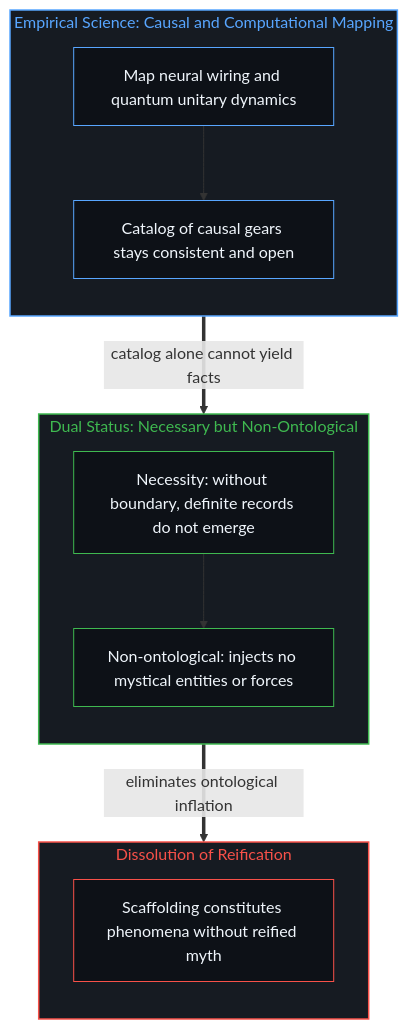
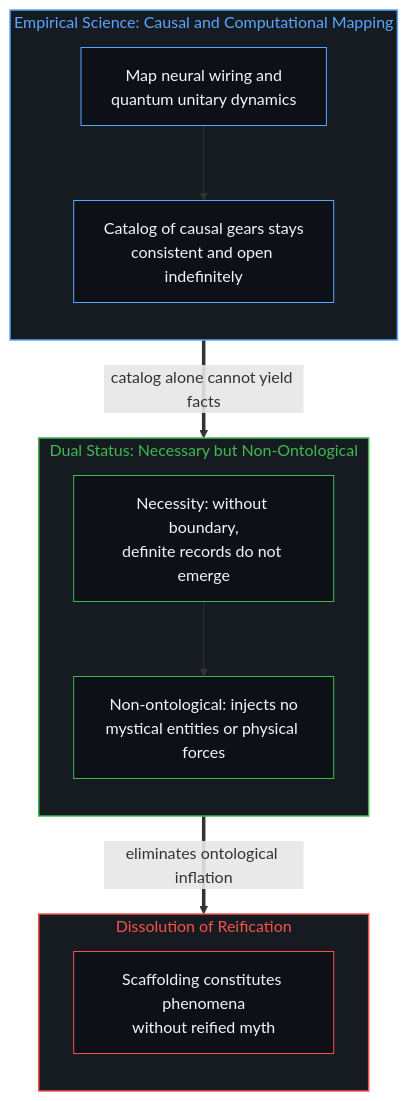
Before and after one commit to powerpig99/not-a-toe: the eighth of 8 diagrams in content/posts/consciousness-ascription-and-the-quantum-cut.md, drawn with Mermaid. The commit also changed other lines of this file and 2 other files, not shown here.

````diff
--- a/content/posts/consciousness-ascription-and-the-quantum-cut.md
+++ b/content/posts/consciousness-ascription-and-the-quantum-cut.md
@@ -260,32 +260,32 @@
 ```mermaid
 flowchart TD
     subgraph S_EMPIRICAL_EN ["Empirical Science: Causal and Computational Mapping"]
         direction TB
         style S_EMPIRICAL_EN fill:#161b22,stroke:#58a6ff,stroke-width:1.5px,color:#58a6ff
-        E_Map["Map neural wiring and quantum unitary dynamics"]
-        E_Extend["Catalog of causal gears stays consistent and open"]
+        E_Map["Map neural wiring and<br/>quantum unitary dynamics"]
+        E_Extend["Catalog of causal gears stays<br/>consistent and open indefinitely"]
         E_Map --> E_Extend
         style E_Map fill:#0d1117,stroke:#58a6ff,stroke-width:1px,color:#f0f6fc
         style E_Extend fill:#0d1117,stroke:#58a6ff,stroke-width:1px,color:#f0f6fc
     end
 
     subgraph S_STATUS_EN ["Dual Status: Necessary but Non-Ontological"]
         direction TB
         style S_STATUS_EN fill:#161b22,stroke:#3fb950,stroke-width:1.5px,color:#3fb950
-        N_Req["Necessity: without boundary, definite records do not emerge"]
-        N_Non["Non-ontological: injects no mystical entities or forces"]
+        N_Req["Necessity: without boundary,<br/>definite records do not emerge"]
+        N_Non["Non-ontological: injects no<br/>mystical entities or physical forces"]
         N_Req --> N_Non
         style N_Req fill:#0d1117,stroke:#3fb950,stroke-width:1px,color:#f0f6fc
         style N_Non fill:#0d1117,stroke:#3fb950,stroke-width:1px,color:#f0f6fc
     end
 
     subgraph S_RESOLUTION_EN ["Dissolution of Reification"]
         direction TB
         style S_RESOLUTION_EN fill:#161b22,stroke:#f85149,stroke-width:1.5px,color:#f85149
-        R_Scaffold["Scaffolding constitutes phenomena without reified myth"]
+        R_Scaffold["Scaffolding constitutes phenomena<br/>without reified myth"]
         style R_Scaffold fill:#0d1117,stroke:#f85149,stroke-width:1px,color:#f0f6fc
     end
 
     E_Extend ==>|"catalog alone cannot yield facts"| N_Req
     N_Non ==>|"eliminates ontological inflation"| R_Scaffold
 ```
````
